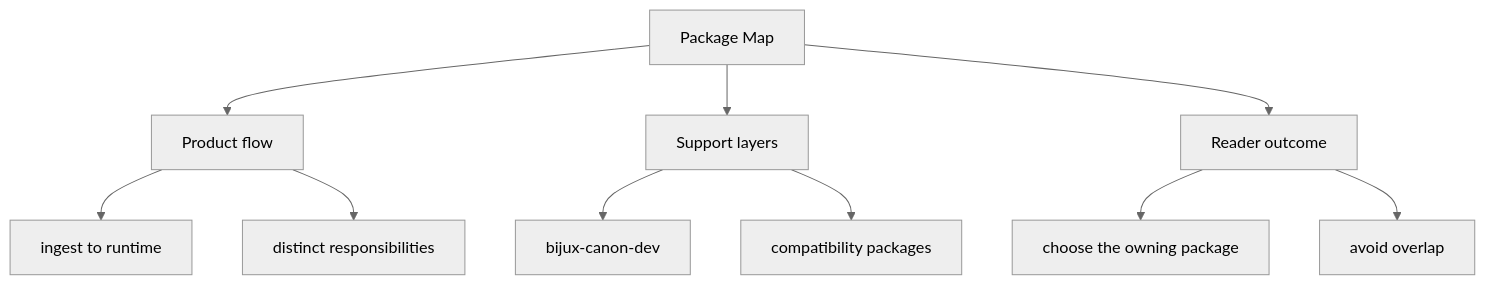
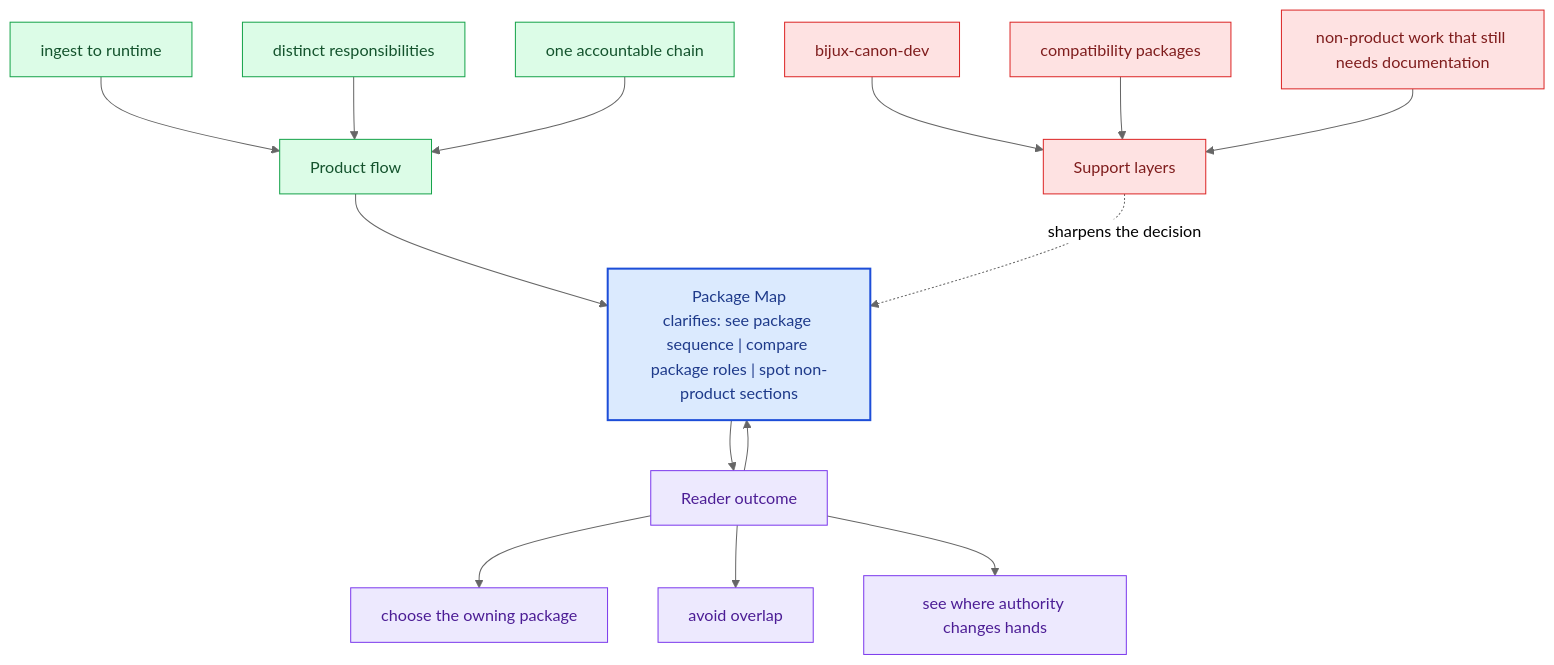
One commit to bijux/bijux-canon changed the second of 2 diagrams in docs/bijux-canon/package-map.md. Above: the diagram before and after it, drawn with Mermaid (neutral theme). The commit also changed other lines of this file and 281 other files, not shown here.

Commit message:
docs(diagrams): deepen handbook mermaid maps across the catalog

````diff
--- a/docs/bijux-canon/package-map.md
+++ b/docs/bijux-canon/package-map.md
@@ -42,22 +75,40 @@
 ```mermaid
-flowchart TD
-    page["Package Map"]
+flowchart TB
+    promise["Package Map<br/>clarifies: see package sequence | compare package roles | spot non-product sections"]
+    classDef promise fill:#dbeafe,stroke:#1d4ed8,color:#1e3a8a,stroke-width:2px;
+    classDef driver fill:#dcfce7,stroke:#16a34a,color:#14532d;
+    classDef constraint fill:#fee2e2,stroke:#dc2626,color:#7f1d1d;
+    classDef ground fill:#ede9fe,stroke:#7c3aed,color:#4c1d95;
     focus1["Product flow"]
-    page --> focus1
+    focus1 --> promise
     focus1_1["ingest to runtime"]
-    focus1 --> focus1_1
+    focus1_1 --> focus1
     focus1_2["distinct responsibilities"]
-    focus1 --> focus1_2
+    focus1_2 --> focus1
+    focus1_3["one accountable chain"]
+    focus1_3 --> focus1
+    class focus1 driver;
+    class focus1_1,focus1_2,focus1_3 driver;
     focus2["Support layers"]
-    page --> focus2
+    focus2 -.sharpens the decision.-> promise
     focus2_1["bijux-canon-dev"]
-    focus2 --> focus2_1
+    focus2_1 --> focus2
     focus2_2["compatibility packages"]
-    focus2 --> focus2_2
+    focus2_2 --> focus2
+    focus2_3["non-product work that still needs documentation"]
+    focus2_3 --> focus2
+    class focus2 constraint;
+    class focus2_1,focus2_2,focus2_3 constraint;
     focus3["Reader outcome"]
-    page --> focus3
+    focus3 --> promise
+    promise --> focus3
     focus3_1["choose the owning package"]
     focus3 --> focus3_1
     focus3_2["avoid overlap"]
     focus3 --> focus3_2
+    focus3_3["see where authority changes hands"]
+    focus3 --> focus3_3
+    class focus3 ground;
+    class focus3_1,focus3_2,focus3_3 ground;
+    class promise promise;
 ```
````
